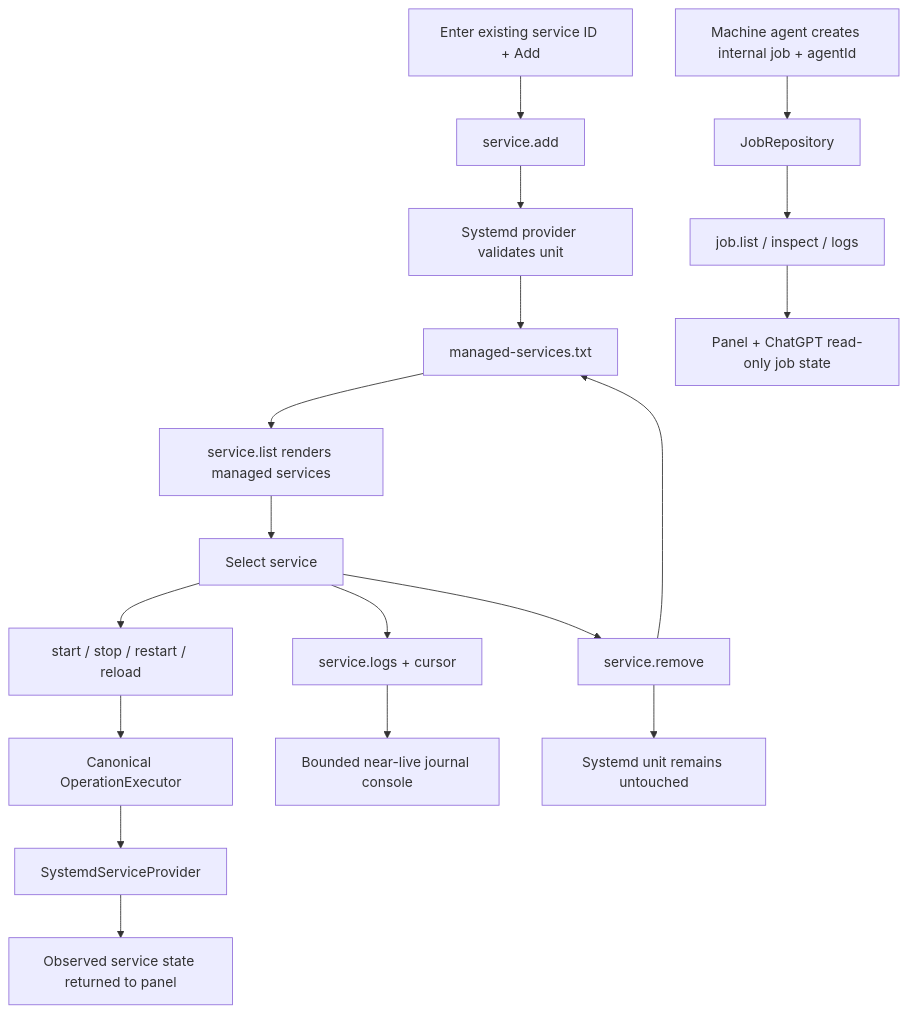
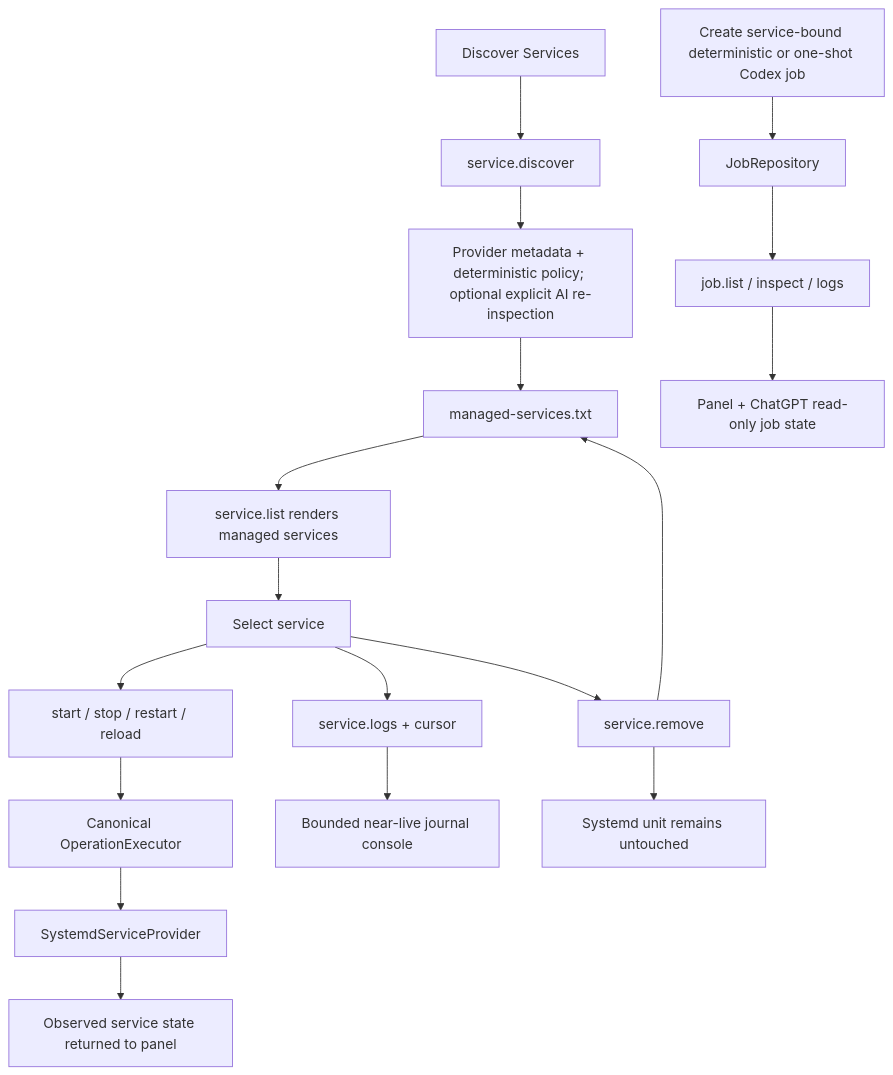
One commit to tjXJNOOBIE/agent-webmcp changed the first of 7 diagrams in README.md. Above: the diagram before and after it, drawn with Mermaid. The commit also changed other lines of this file and 67 other files, not shown here.

````diff
--- a/README.md
+++ b/README.md
@@ -44,20 +44,20 @@
 ```mermaid
 flowchart TD
-    Add[Enter existing service ID + Add] --> AddOp[service.add]
-    AddOp --> Validate[Systemd provider validates unit]
+    Add[Discover Services] --> AddOp[service.discover]
+    AddOp --> Validate[Provider metadata + deterministic policy; optional explicit AI re-inspection]
     Validate --> Inventory[managed-services.txt]
     Inventory --> List[service.list renders managed services]
     List --> Select[Select service]
     Select --> Lifecycle[start / stop / restart / reload]
     Lifecycle --> Canonical[Canonical OperationExecutor]
     Canonical --> Systemd[SystemdServiceProvider]
     Systemd --> Observed[Observed service state returned to panel]
     Select --> Logs[service.logs + cursor]
     Logs --> Console[Bounded near-live journal console]
     Select --> Remove[service.remove]
     Remove --> Inventory
     Remove --> Preserve[Systemd unit remains untouched]
-    Jobs[Machine agent creates internal job + agentId] --> JobRepo[JobRepository]
+    Jobs[Create service-bound deterministic or one-shot Codex job] --> JobRepo[JobRepository]
     JobRepo --> JobRead[job.list / inspect / logs]
     JobRead --> PanelJobs[Panel + ChatGPT read-only job state]
 ```
````
